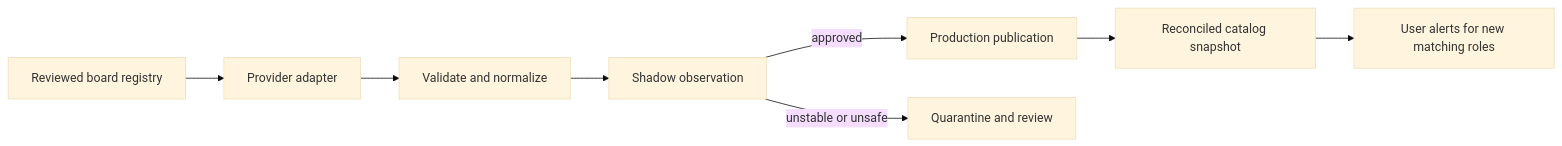
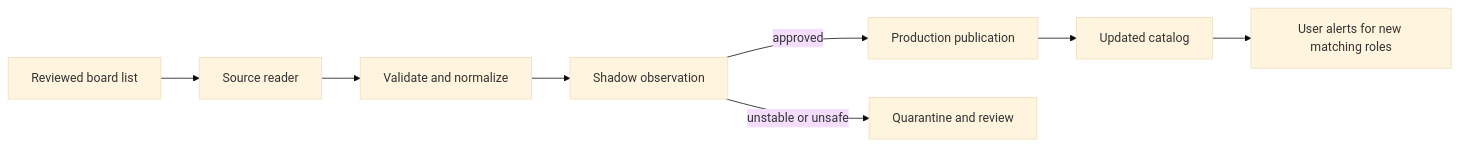
Before and after one commit to JDKrasnick/intern-notifs: the diagram in docs/greenhouse-ashby-ingestion-plan.md, drawn with Mermaid (base theme). The commit also changed other lines of this file, not shown here.

````diff
--- a/docs/greenhouse-ashby-ingestion-plan.md
+++ b/docs/greenhouse-ashby-ingestion-plan.md
@@ -11,10 +18,10 @@
 ```mermaid
 flowchart LR
-    R[Reviewed board registry] --> F[Provider adapter]
+    R[Reviewed board list] --> F[Source reader]
     F --> V[Validate and normalize]
     V --> S[Shadow observation]
     S -->|approved| P[Production publication]
     S -->|unstable or unsafe| Q[Quarantine and review]
-    P --> C[Reconciled catalog snapshot]
+    P --> C[Updated catalog]
     C --> N[User alerts for new matching roles]
 ```
````
